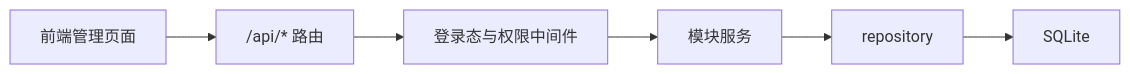
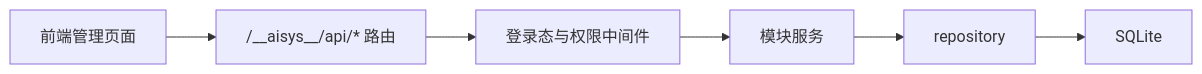
Before and after one commit to huanmin123/juhe-ai: the first of 3 diagrams in docs/architecture/backend/README.md, drawn with Mermaid. The commit also changed other lines of this file and 116 other files, not shown here.

````diff
--- a/docs/architecture/backend/README.md
+++ b/docs/architecture/backend/README.md
@@ -85,8 +85,8 @@
 ```mermaid
 flowchart LR
-  Client["前端管理页面"] --> Api["/api/* 路由"]
+  Client["前端管理页面"] --> Api["/__aisys__/api/* 路由"]
   Api --> Auth["登录态与权限中间件"]
   Auth --> Service["模块服务"]
   Service --> Repo["repository"]
   Repo --> SQLite["SQLite"]
 ```
````
